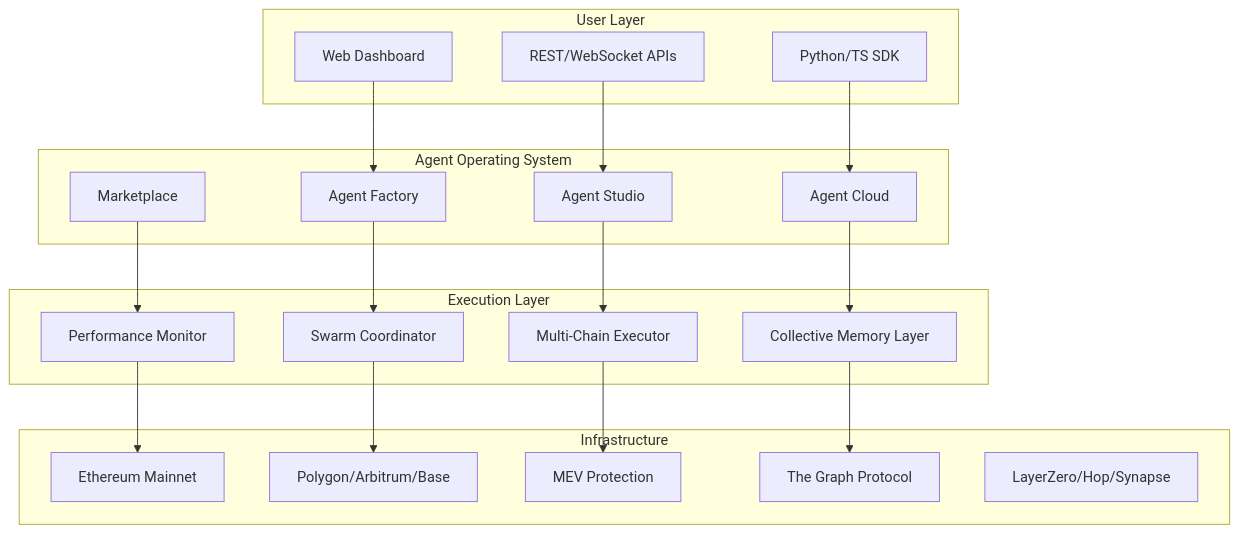
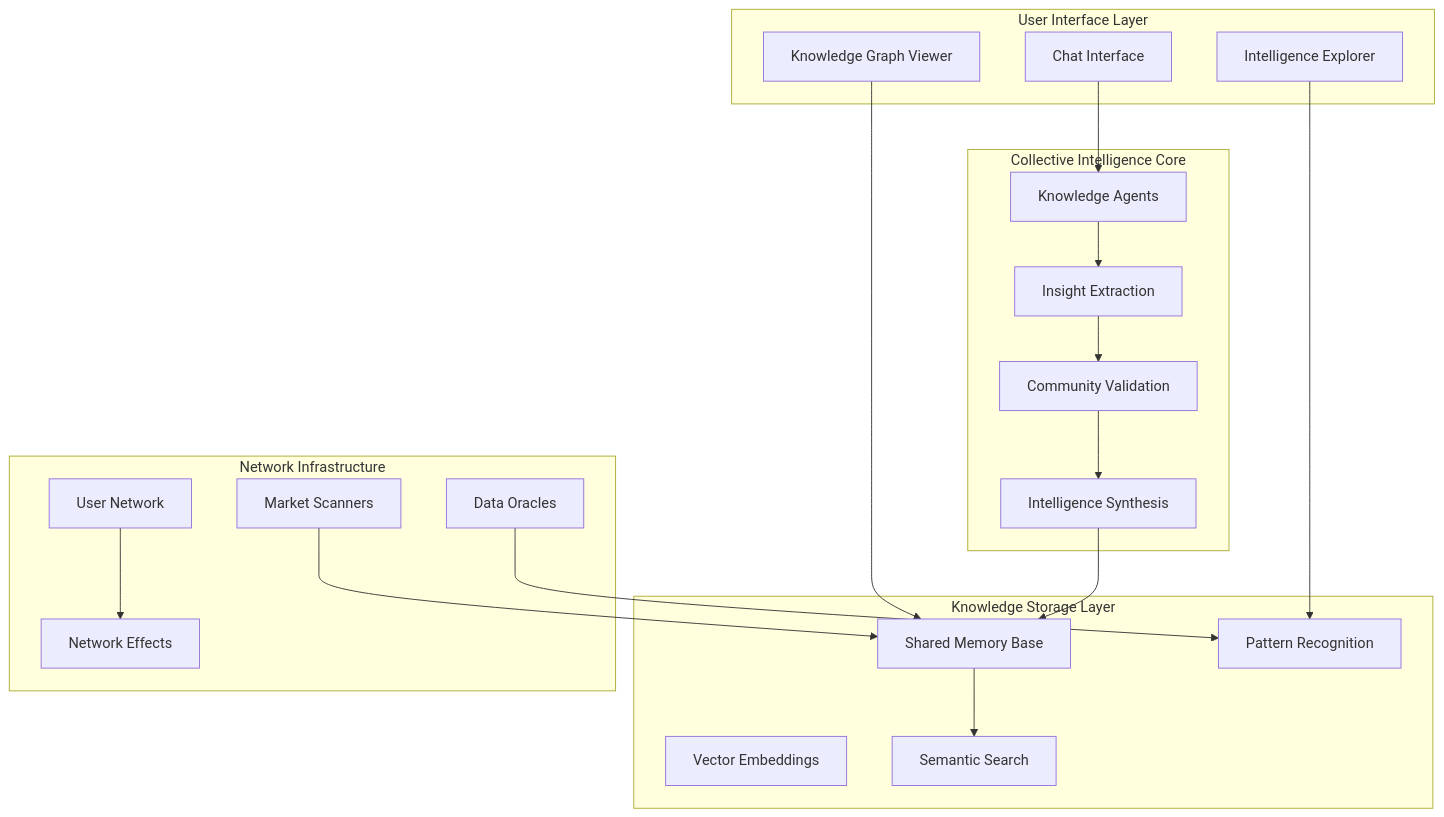
One commit to trenchsheikh/c0gni changed the first of 3 diagrams in docs/architecture.mdx. Above: the diagram before and after it, drawn with Mermaid. The commit also changed other lines of this file and 3 other files, not shown here.

````diff
--- a/docs/architecture.mdx
+++ b/docs/architecture.mdx
@@ -12,44 +12,43 @@
 ```mermaid
 graph TB
-    subgraph "User Layer"
-        UI[Web Dashboard]
-        SDK[Python/TS SDK]
-        API[REST/WebSocket APIs]
+    subgraph "User Interface Layer"
+        Chat[Chat Interface]
+        Graph[Knowledge Graph Viewer]
+        Explorer[Intelligence Explorer]
     end
     
-    subgraph "Agent Operating System"
-        Factory[Agent Factory]
-        Cloud[Agent Cloud]
-        Studio[Agent Studio]
-        Market[Marketplace]
+    subgraph "Collective Intelligence Core"
+        Agents[Knowledge Agents]
+        Extraction[Insight Extraction]
+        Validation[Community Validation]
+        Synthesis[Intelligence Synthesis]
     end
     
-    subgraph "Execution Layer"
-        Swarm[Swarm Coordinator]
-        Memory[Collective Memory Layer]
-        Executor[Multi-Chain Executor]
-        Monitor[Performance Monitor]
+    subgraph "Knowledge Storage Layer"
+        Memory[Shared Memory Base]
+        Embeddings[Vector Embeddings]
+        Patterns[Pattern Recognition]
+        Search[Semantic Search]
     end
     
-    subgraph "Infrastructure"
-        Ethereum[Ethereum Mainnet]
-        L2s[Polygon/Arbitrum/Base]
-        Flashbots[MEV Protection]
-        Graph[The Graph Protocol]
-        Bridge[LayerZero/Hop/Synapse]
+    subgraph "Network Infrastructure"
+        Scanners[Market Scanners]
+        Oracles[Data Oracles]
+        Community[User Network]
+        Growth[Network Effects]
     end
     
-    UI --> Factory
-    SDK --> Cloud
-    API --> Studio
+    Chat --> Agents
+    Graph --> Memory
+    Explorer --> Patterns
     
-    Factory --> Swarm
-    Cloud --> Memory
-    Studio --> Executor
-    Market --> Monitor
+    Agents --> Extraction
+    Extraction --> Validation
+    Validation --> Synthesis
+    Synthesis --> Memory
     
-    Swarm --> L2s
-    Memory --> Graph
-    Executor --> Flashbots
-    Monitor --> Ethereum
+    Memory --> Search
+    Scanners --> Memory
+    Community --> Growth
+    Oracles --> Patterns
 ```
````
